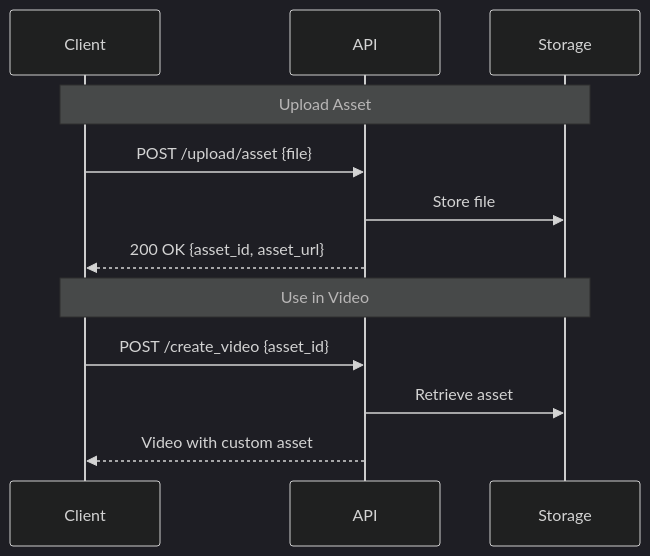
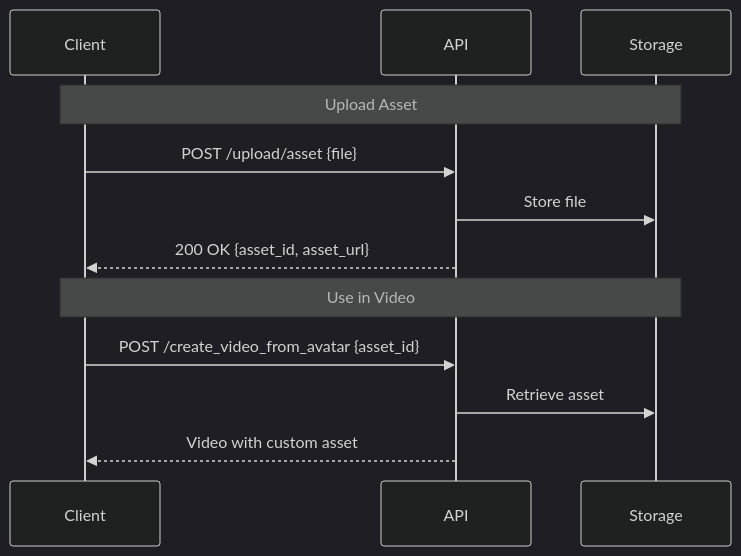
The diagram in api-reference/v2/API Documentation/UploadMedia.mdx (JoggAI-Tech/docs), drawn with Mermaid (dark theme) before and after one commit. The commit also changed other lines of this file and 64 other files, not shown here.

````diff
--- a/api-reference/v2/API Documentation/UploadMedia.mdx
+++ b/api-reference/v2/API Documentation/UploadMedia.mdx
@@ -43,16 +43,16 @@
 ```mermaid
 sequenceDiagram
     participant Client
     participant API
     participant Storage
     
     Note over Client,Storage: Upload Asset
     Client->>API: POST /upload/asset {file}
     API->>Storage: Store file
     API-->>Client: 200 OK {asset_id, asset_url}
     
     Note over Client,Storage: Use in Video
-    Client->>API: POST /create_video {asset_id}
+    Client->>API: POST /create_video_from_avatar {asset_id}
     API->>Storage: Retrieve asset
     API-->>Client: Video with custom asset
 ```
````
